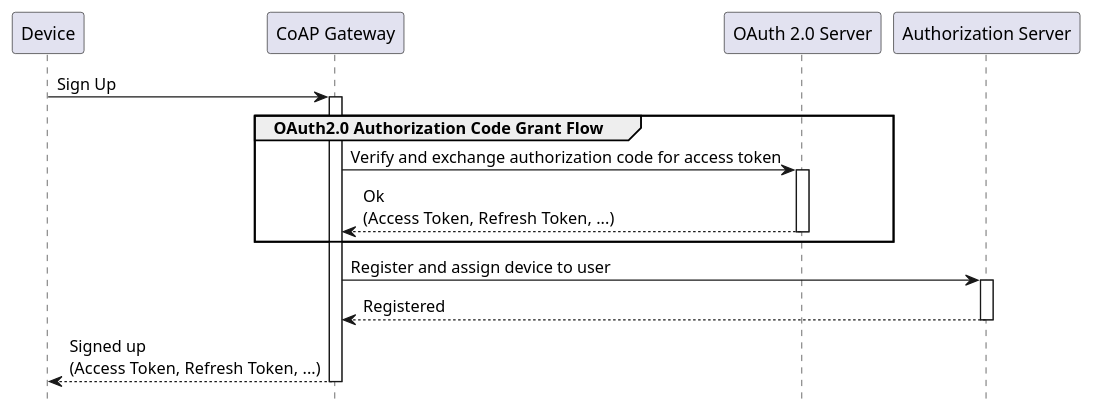
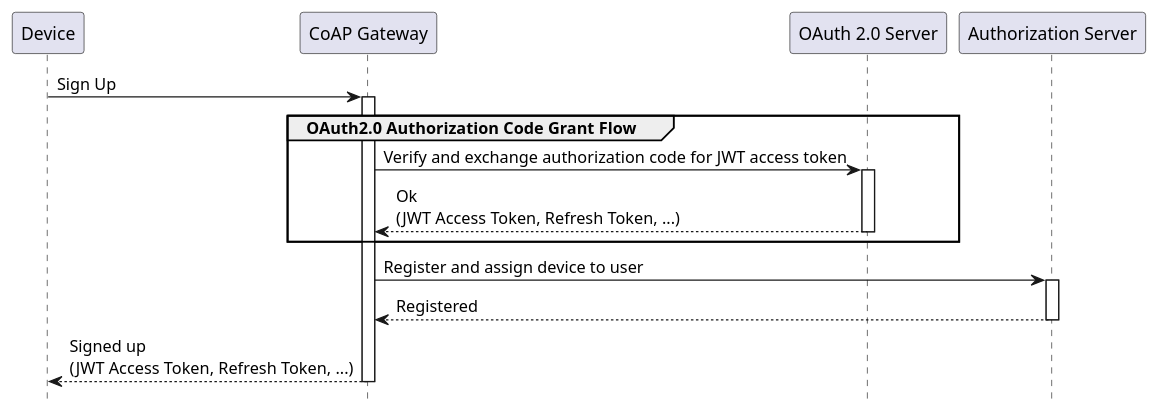
The second of 6 diagrams in content/en/architecture/component-overview.md (plgd-dev/doc), drawn with PlantUML before and after one commit. The commit also changed other lines of this file, not shown here.

Commit message:
only JWT access token is supported by cloud (#15)

```diff
--- a/content/en/architecture/component-overview.md
+++ b/content/en/architecture/component-overview.md
@@ -66,20 +66,20 @@
 {{< plantuml id="cloud-registration" >}}
 @startuml Sequence
 skinparam backgroundColor transparent
 hide footbox
 
 participant D as "Device"
 participant CGW as "CoAP Gateway"
 participant O as "OAuth 2.0 Server"
 participant AS as "Authorization Server"
 
 D -> CGW ++: Sign Up
 group OAuth2.0 Authorization Code Grant Flow
-    CGW -> O ++: Verify and exchange authorization code for access token
-    return Ok\n(Access Token, Refresh Token, ...)
+    CGW -> O ++: Verify and exchange authorization code for JWT access token
+    return Ok\n(JWT Access Token, Refresh Token, ...)
 end
 CGW -> AS ++: Register and assign device to user
 return Registered
-return Signed up\n(Access Token, Refresh Token, ...)
+return Signed up\n(JWT Access Token, Refresh Token, ...)
 @enduml
 {{< /plantuml >}}
```
